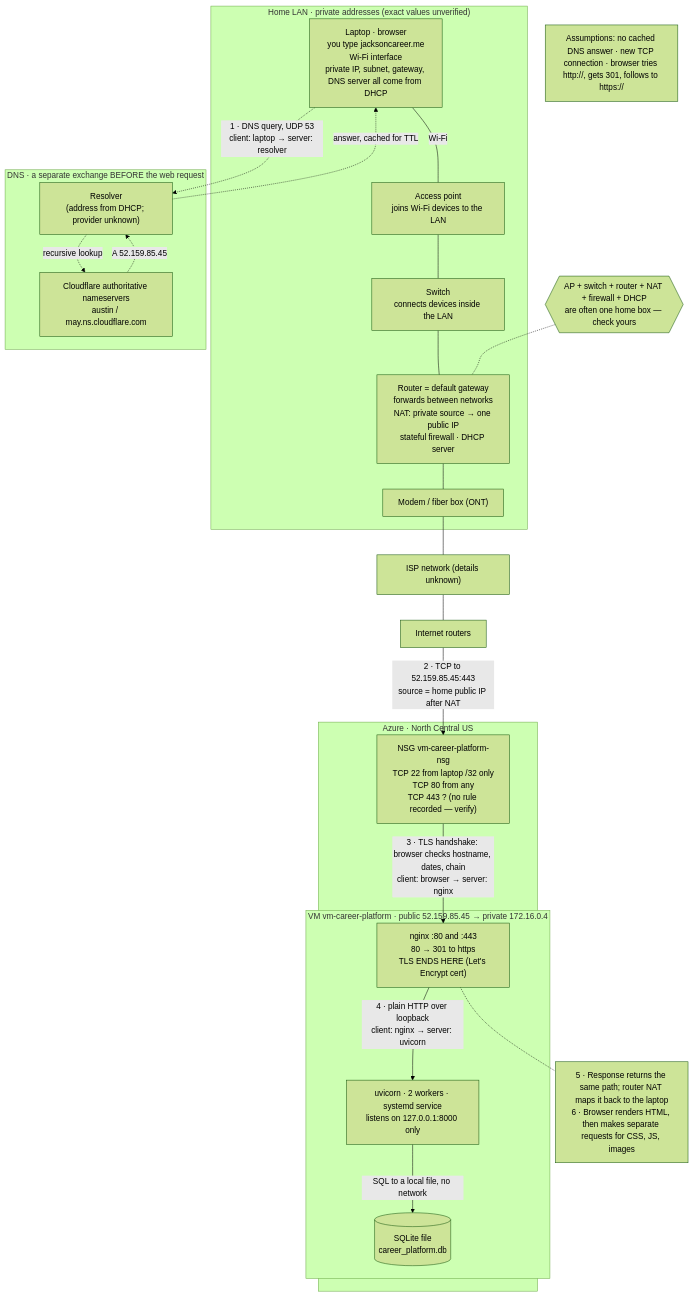
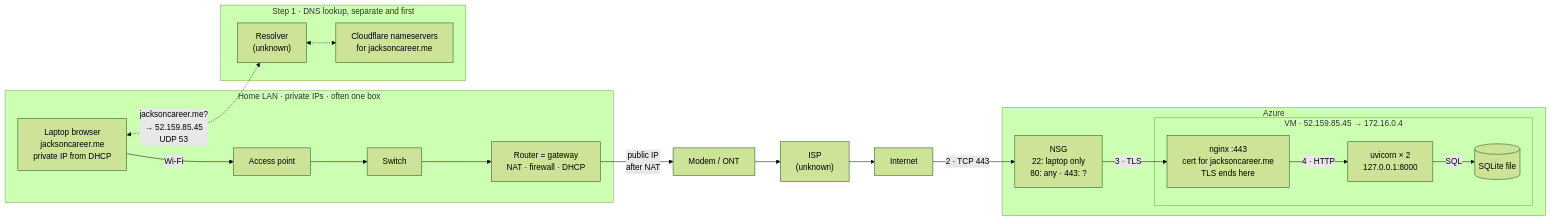
Before and after one commit to jacksonddorr-dev/career-platform: the first of 2 diagrams in docs/request-path.md, drawn with Mermaid (forest theme). The commit also changed other lines of this file, not shown here.

Commit message:
Simplify request path diagrams and read them left to right

````diff
--- a/docs/request-path.md
+++ b/docs/request-path.md
@@ -9,46 +11,31 @@
 ```mermaid
-flowchart TB
-  NOTE["Assumptions: no cached DNS answer · new TCP connection · browser tries http://, gets 301, follows to https://"]
+flowchart LR
+  subgraph HOME["Home LAN · private IPs · often one box"]
+    LAP["Laptop browser<br/>jacksoncareer.me<br/>private IP from DHCP"]
+    AP["Access point"]
+    SW["Switch"]
+    RT["Router = gateway<br/>NAT · firewall · DHCP"]
+  end
+  ONT["Modem / ONT"]
+  ISP["ISP<br/>(unknown)"]
+  NET["Internet"]
 
-  subgraph HOME["Home LAN · private addresses (exact values unverified)"]
-    LAP["Laptop · browser<br/>you type jacksoncareer.me<br/>Wi-Fi interface<br/>private IP, subnet, gateway, DNS server all come from DHCP"]
-    AP["Access point<br/>joins Wi-Fi devices to the LAN"]
-    SW["Switch<br/>connects devices inside the LAN"]
-    RT["Router = default gateway<br/>forwards between networks<br/>NAT: private source → one public IP<br/>stateful firewall · DHCP server"]
-    ONT["Modem / fiber box (ONT)"]
-  end
-  BOX{{"AP + switch + router + NAT + firewall + DHCP<br/>are often one home box — check yours"}}
-
-  ISP["ISP network (details unknown)"]
-  NET["Internet routers"]
-
-  subgraph DNS["DNS · a separate exchange BEFORE the web request"]
-    RES["Resolver<br/>(address from DHCP; provider unknown)"]
-    CF["Cloudflare authoritative nameservers<br/>austin / may.ns.cloudflare.com"]
+  subgraph DNS["Step 1 · DNS lookup, separate and first"]
+    RES["Resolver<br/>(unknown)"]
+    CF["Cloudflare nameservers<br/>for jacksoncareer.me"]
   end
 
-  subgraph AZ["Azure · North Central US"]
-    NSG["NSG vm-career-platform-nsg<br/>TCP 22 from laptop /32 only<br/>TCP 80 from any<br/>TCP 443 ? (no rule recorded — verify)"]
-    subgraph VM["VM vm-career-platform · public 52.159.85.45 → private 172.16.0.4"]
-      NGX["nginx :80 and :443<br/>80 → 301 to https<br/>TLS ENDS HERE (Let's Encrypt cert)"]
-      UV["uvicorn · 2 workers · systemd service<br/>listens on 127.0.0.1:8000 only"]
-      DB[("SQLite file<br/>career_platform.db")]
+  subgraph AZ["Azure"]
+    NSG["NSG<br/>22: laptop only<br/>80: any · 443: ?"]
+    subgraph VM["VM · 52.159.85.45 → 172.16.0.4"]
+      NGX["nginx :443<br/>cert for jacksoncareer.me<br/>TLS ends here"]
+      UV["uvicorn × 2<br/>127.0.0.1:8000"]
+      DB[("SQLite file")]
     end
   end
 
-  RESP["5 · Response returns the same path; router NAT maps it back to the laptop<br/>6 · Browser renders HTML, then makes separate requests for CSS, JS, images"]
+  LAP <-. "jacksoncareer.me?<br/>→ 52.159.85.45<br/>UDP 53" .-> RES <-.-> CF
 
-  LAP ---|Wi-Fi| AP --- SW --- RT --- ONT --- ISP --- NET
-  BOX -.- RT
-
-  LAP -. "1 · DNS query, UDP 53<br/>client: laptop → server: resolver" .-> RES
-  RES -. "recursive lookup" .-> CF
-  CF -. "A 52.159.85.45" .-> RES
-  RES -. "answer, cached for TTL" .-> LAP
-
-  NET -- "2 · TCP to 52.159.85.45:443<br/>source = home public IP after NAT" --> NSG
-  NSG -- "3 · TLS handshake: browser checks hostname, dates, chain<br/>client: browser → server: nginx" --> NGX
-  NGX -- "4 · plain HTTP over loopback<br/>client: nginx → server: uvicorn" --> UV
-  UV -- "SQL to a local file, no network" --> DB
-  NGX -.- RESP
+  LAP -- "Wi-Fi" --> AP --> SW --> RT -- "public IP<br/>after NAT" --> ONT --> ISP --> NET
+  NET -- "2 · TCP 443" --> NSG -- "3 · TLS" --> NGX -- "4 · HTTP" --> UV -- SQL --> DB
 ```
````
